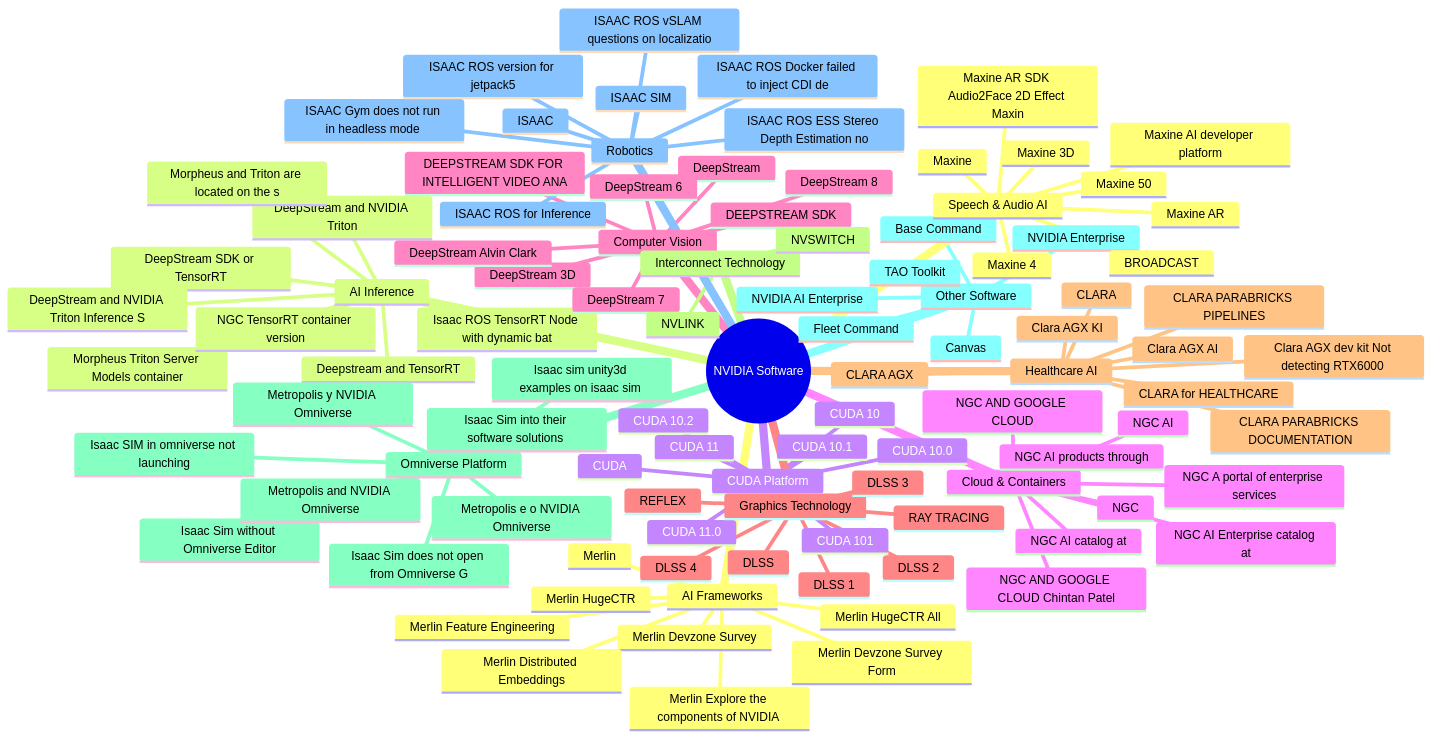
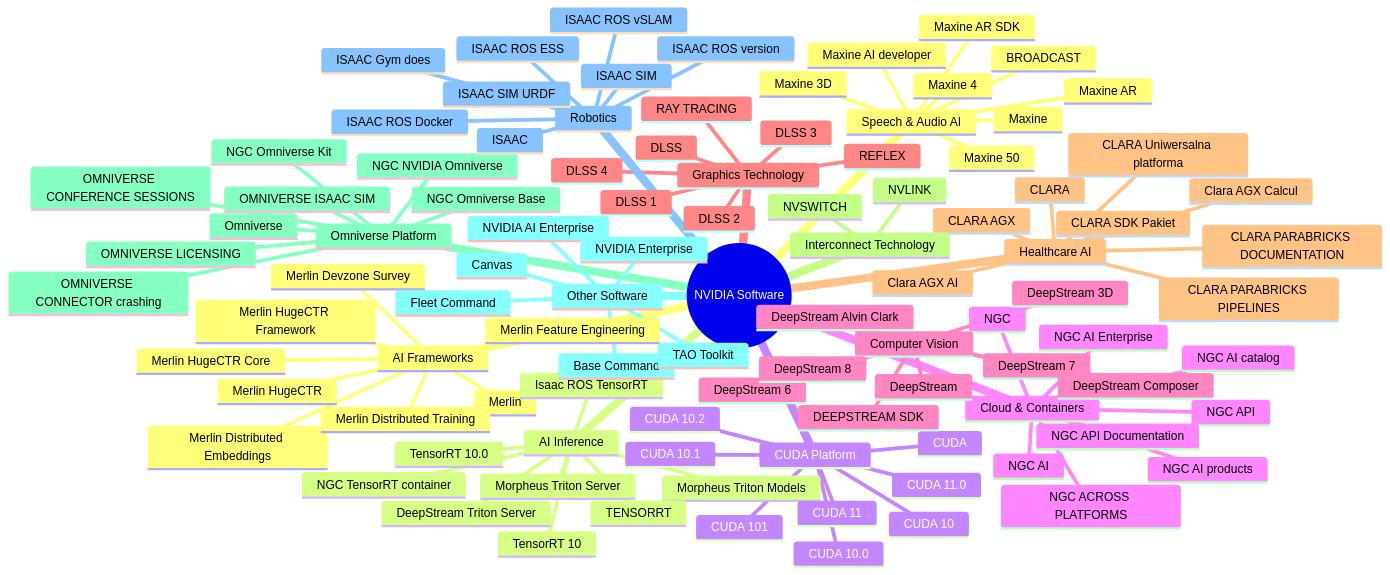
Before and after one commit to chenxingqiang/Nvidia-Software-Ecosystem: the fifth of 5 diagrams in output/reports/nvidia_ecosystem_diagrams.md, drawn with Mermaid. The commit also changed other lines of this file and 11 other files, not shown here.

````diff
--- a/output/reports/nvidia_ecosystem_diagrams.md
+++ b/output/reports/nvidia_ecosystem_diagrams.md
@@ -148,21 +148,21 @@
     AI Frameworks
       Merlin
       Merlin Devzone Survey
-      Merlin Devzone Survey Form
       Merlin Distributed Embeddings
-      Merlin Explore the components of NVIDIA 
+      Merlin Distributed Training
       Merlin Feature Engineering
       Merlin HugeCTR
-      Merlin HugeCTR All
+      Merlin HugeCTR Core
+      Merlin HugeCTR Framework
     AI Inference
-      DeepStream SDK or TensorRT
-      DeepStream and NVIDIA Triton
-      DeepStream and NVIDIA Triton Inference S
-      Deepstream and TensorRT
-      Isaac ROS TensorRT Node with dynamic bat
-      Morpheus Triton Server Models container
-      Morpheus and Triton are located on the s
-      NGC TensorRT container version
+      DeepStream Triton Server
+      Isaac ROS TensorRT
+      Morpheus Triton Models
+      Morpheus Triton Server
+      NGC TensorRT container
+      TENSORRT
+      TensorRT 10
+      TensorRT 10.0
     CUDA Platform
       CUDA
       CUDA 10
@@ -174,22 +174,22 @@
       CUDA 11.0
     Cloud & Containers
       NGC
-      NGC A portal of enterprise services
+      NGC ACROSS PLATFORMS
       NGC AI
-      NGC AI Enterprise catalog at
-      NGC AI catalog at
-      NGC AI products through
-      NGC AND GOOGLE CLOUD
-      NGC AND GOOGLE CLOUD Chintan Patel
+      NGC AI Enterprise
+      NGC AI catalog
+      NGC AI products
+      NGC API
+      NGC API Documentation
     Computer Vision
       DEEPSTREAM SDK
-      DEEPSTREAM SDK FOR INTELLIGENT VIDEO ANA
       DeepStream
       DeepStream 3D
       DeepStream 6
       DeepStream 7
       DeepStream 8
       DeepStream Alvin Clark
+      DeepStream Composer
     Graphics Technology
       DLSS
       DLSS 1
@@ -203,22 +203,22 @@
       CLARA AGX
       CLARA PARABRICKS DOCUMENTATION
       CLARA PARABRICKS PIPELINES
-      CLARA for HEALTHCARE
+      CLARA SDK Pakiet
+      CLARA Uniwersalna platforma
       Clara AGX AI
-      Clara AGX KI
-      Clara AGX dev kit Not detecting RTX6000 
+      Clara AGX Calcul
     Interconnect Technology
       NVLINK
       NVSWITCH
     Omniverse Platform
-      Isaac SIM in omniverse not launching
-      Isaac Sim does not open from Omniverse G
-      Isaac Sim into their software solutions 
-      Isaac Sim without Omniverse Editor
-      Isaac sim unity3d examples on isaac sim 
-      Metropolis and NVIDIA Omniverse
-      Metropolis e o NVIDIA Omniverse
-      Metropolis y NVIDIA Omniverse
+      NGC NVIDIA Omniverse
+      NGC Omniverse Base
+      NGC Omniverse Kit
+      OMNIVERSE CONFERENCE SESSIONS
+      OMNIVERSE CONNECTOR crashing
+      OMNIVERSE ISAAC SIM
+      OMNIVERSE LICENSING
+      Omniverse
     Other Software
       Base Command
       Canvas
@@ -228,20 +228,20 @@
       TAO Toolkit
     Robotics
       ISAAC
-      ISAAC Gym does not run in headless mode 
-      ISAAC ROS Docker failed to inject CDI de
-      ISAAC ROS ESS Stereo Depth Estimation no
-      ISAAC ROS for Inference
-      ISAAC ROS vSLAM questions on localizatio
-      ISAAC ROS version for jetpack5
+      ISAAC Gym does
+      ISAAC ROS Docker
+      ISAAC ROS ESS
+      ISAAC ROS vSLAM
+      ISAAC ROS version
       ISAAC SIM
+      ISAAC SIM URDF
     Speech & Audio AI
       BROADCAST
       Maxine
       Maxine 3D
       Maxine 4
       Maxine 50
-      Maxine AI developer platform
+      Maxine AI developer
       Maxine AR
-      Maxine AR SDK Audio2Face 2D Effect Maxin
+      Maxine AR SDK
 ```
````
